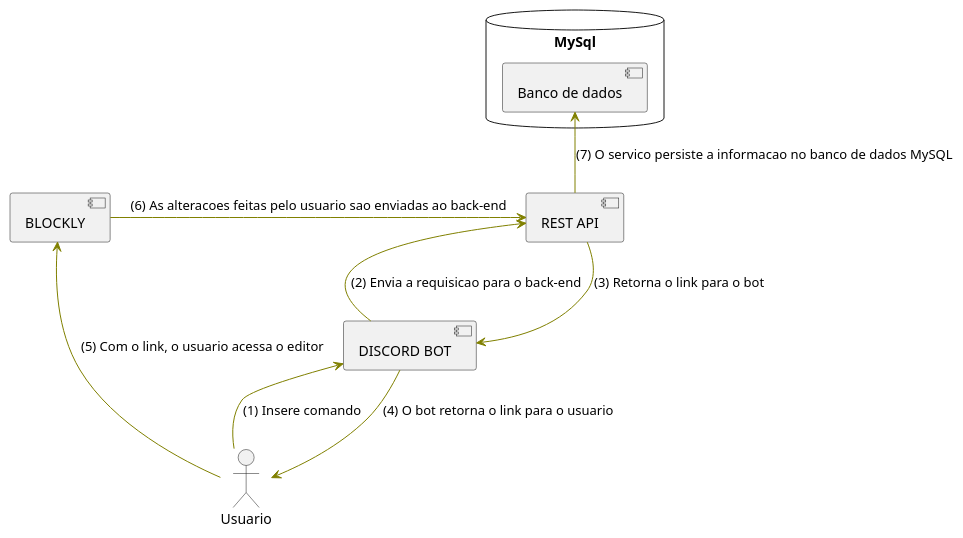
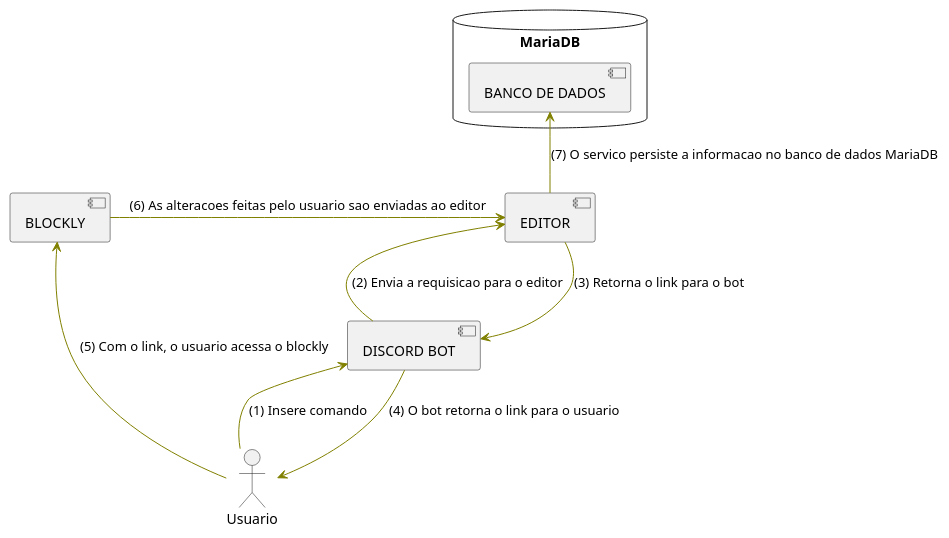
Before and after one commit to orion-services/legado-editor: the diagram in docs/componentDiagram.puml, drawn with PlantUML. The commit also changed 4 other files, not shown here.

```diff
--- a/docs/componentDiagram.puml
+++ b/docs/componentDiagram.puml
@@ -1,29 +1,29 @@
 @startuml
 
 skinparam usecase {
 
     BackgroundColor DarkSeaGreen
     BorderColor DarkSlateGray
 
     BackgroundColor<< MySQL >> YellowGreen
     BorderColor<< MySQL >> YellowGreen
 
     ArrowColor Olive
     ActorBorderColor black
     ActorFontName Courier
 
     ActorBackgroundColor<< Human >> Gold
 }
 Usuario as usr
-database "MySql" {
-[Banco de dados] as [MySQL]
+database "MariaDB" {
+[BANCO DE DADOS] as [MySQL]
 }
 :usr: -left-> [DISCORD BOT] : (1) Insere comando
-[DISCORD BOT] -up-> [REST API] : (2) Envia a requisicao para o back-end
-[REST API] -up-> [DISCORD BOT] : (3) Retorna o link para o bot
+[DISCORD BOT] -up-> [EDITOR] : (2) Envia a requisicao para o editor
+[EDITOR] -up-> [DISCORD BOT] : (3) Retorna o link para o bot
 [DISCORD BOT] -up-> [usr] : (4) O bot retorna o link para o usuario
 
-:usr: -left-> [BLOCKLY] : (5) Com o link, o usuario acessa o editor
-[BLOCKLY] -right-> [REST API] : (6) As alteracoes feitas pelo usuario sao enviadas ao back-end
-[REST API] -up-> [MySQL] : (7) O servico persiste a informacao no banco de dados MySQL 
+:usr: -left-> [BLOCKLY] : (5) Com o link, o usuario acessa o blockly
+[BLOCKLY] -right-> [EDITOR] : (6) As alteracoes feitas pelo usuario sao enviadas ao editor
+[EDITOR] -up-> [MySQL] : (7) O servico persiste a informacao no banco de dados MariaDB 
 @enduml
```
